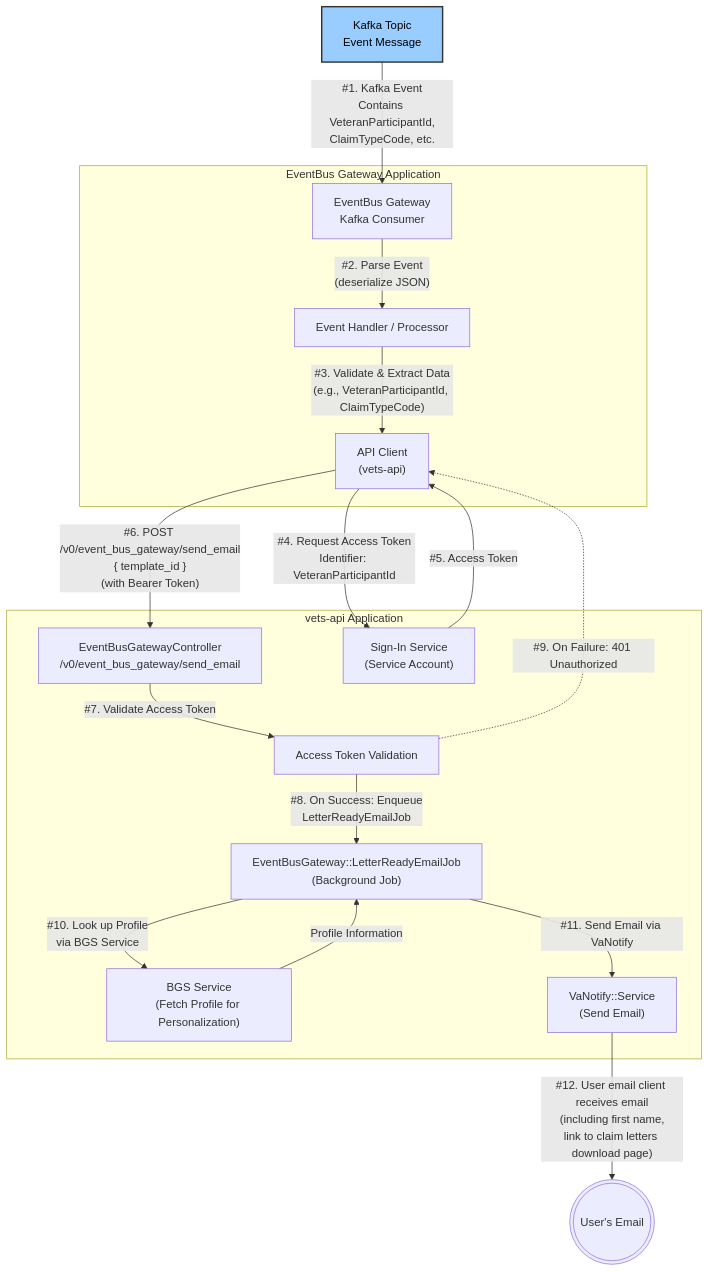
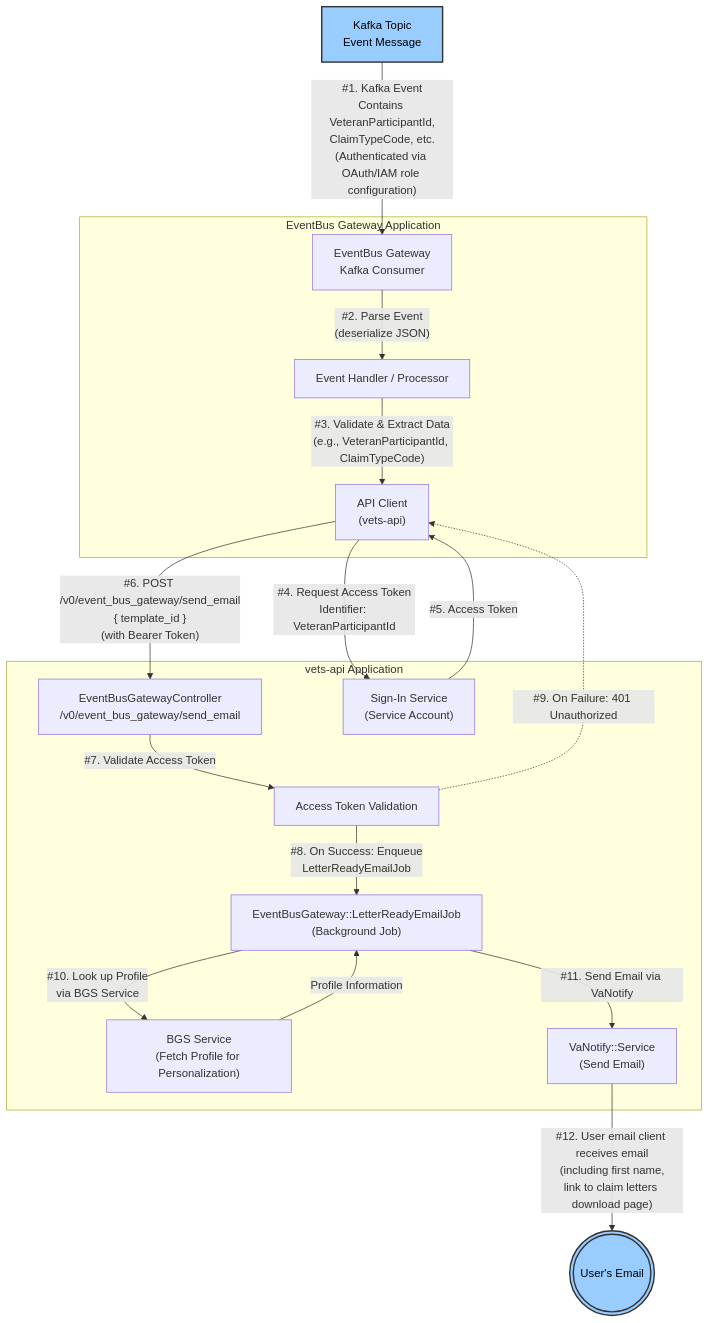
The diagram in products/claim-appeal-status/event-bus-notify/Data Flow Diagram.md (department-of-veterans-affairs/va.gov-team), drawn with Mermaid before and after one commit.

Commit message:
Update Data Flow Diagram.md

````diff
--- a/products/claim-appeal-status/event-bus-notify/Data Flow Diagram.md
+++ b/products/claim-appeal-status/event-bus-notify/Data Flow Diagram.md
@@ -5,41 +5,41 @@
 ```mermaid
 flowchart TD
     %% External Event Source
     A[Kafka Topic<br/>Event Message]:::external
     subgraph EventBus Gateway Application
         B["EventBus Gateway<br/>Kafka Consumer"]
         C["Event Handler / Processor"]
         D["API Client<br/>(vets-api)"]
     end
     subgraph vets-api Application
         E["EventBusGatewayController<br/>/v0/event_bus_gateway/send_email"]
         I["Sign-In Service<br/>(Service Account)"]
         J["Access Token Validation"]
         F["EventBusGateway::LetterReadyEmailJob<br/>(Background Job)"]
         G["BGS Service<br/>(Fetch Profile for Personalization)"]
         H["VaNotify::Service<br/>(Send Email)"]
     end
-    K(((User's Email)))
+    K(((User's Email))):::external
 
     %% Data flow lines
-    A -- "#1. Kafka Event<br />Contains VeteranParticipantId,<br />ClaimTypeCode, etc." --> B
+    A -- "#1. Kafka Event<br />Contains VeteranParticipantId,<br />ClaimTypeCode, etc.<br />(Authenticated via OAuth/IAM role configuration)" --> B
     B -- "#2. Parse Event<br />(deserialize JSON)" --> C
     C -- "#3. Validate & Extract Data<br />(e.g., VeteranParticipantId, ClaimTypeCode)" --> D
     D -- "#4. Request Access Token<br />Identifier: VeteranParticipantId" --> I
     I -- "#5. Access Token" --> D
     D -- "#6. POST /v0/event_bus_gateway/send_email<br />{ template_id }<br />(with Bearer Token)" --> E
     E -- "#7. Validate Access Token" --> J
     J -- "#8. On Success: Enqueue<br />LetterReadyEmailJob" --> F
     J -. "#9. On Failure: 401 Unauthorized" .-> D
     F -- "#10. Look up Profile<br />via BGS Service" --> G
     F -- "#11. Send Email via VaNotify" --> H
     G -- "Profile Information" --> F
     H -- "#12. User email client receives email<br />(including first name,<br />link to claim letters download page)" --> K
 
     %% Styling
     classDef external color:#000,fill:#9cf,stroke:#333,stroke-width:2px
     class A external
 
     %% Dashed arrow for error
     %% J -. "Unauthorized" .-> D
 ```
````
